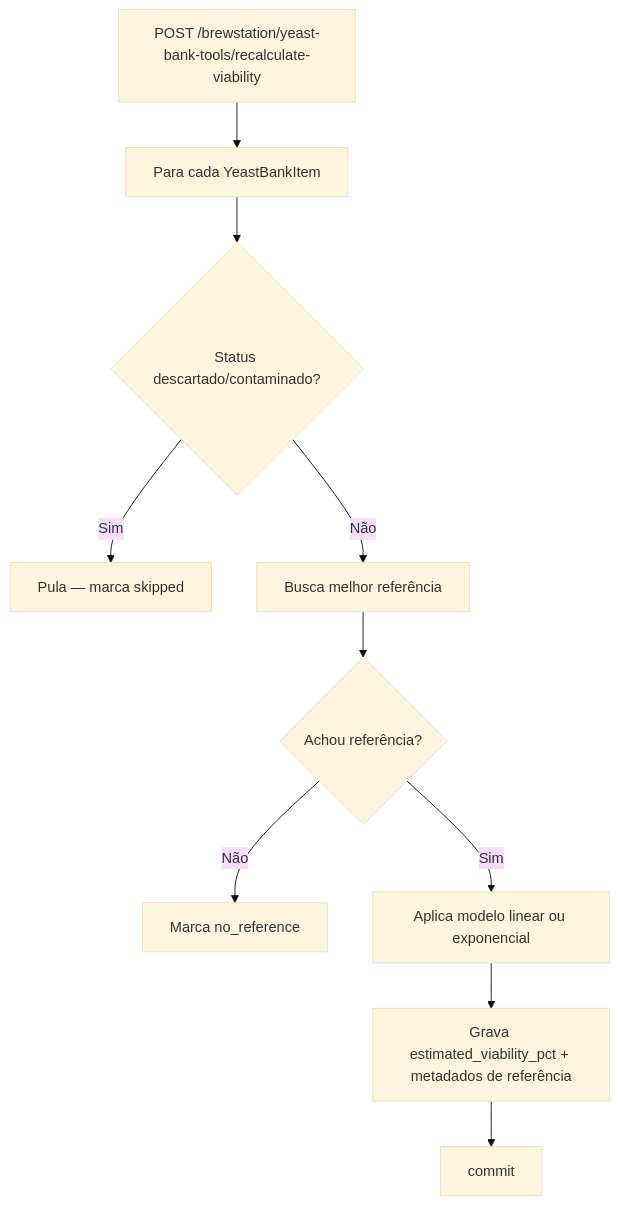
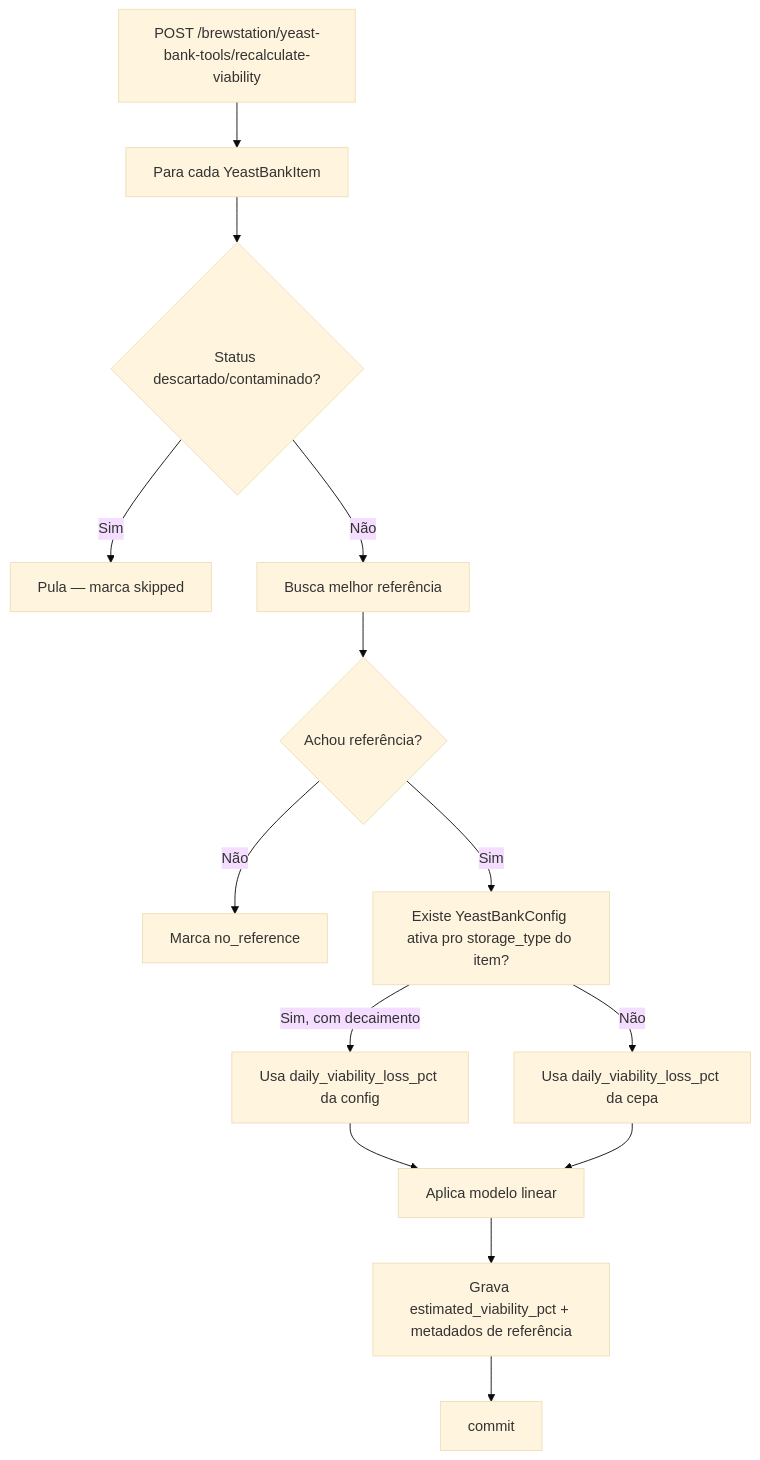
Before and after one commit to ChristopherNicolasSMM/Tesseract: the first of 5 diagrams in addons/addon_brewstation/features/feature_yeast_bank/docs/technical/03-fluxos.md, drawn with Mermaid (base theme). The commit also changed other lines of this file and 40 other files, not shown here.

First line of the commit message:
feat(crudgen,yeast_bank): skill 21 - evento como ponto de entrada unico, remove storage_reading

````diff
--- a/addons/addon_brewstation/features/feature_yeast_bank/docs/technical/03-fluxos.md
+++ b/addons/addon_brewstation/features/feature_yeast_bank/docs/technical/03-fluxos.md
@@ -5,12 +5,16 @@
 ```mermaid
 flowchart TD
     A[POST /brewstation/yeast-bank-tools/recalculate-viability] --> B[Para cada YeastBankItem]
     B --> C{Status descartado/contaminado?}
     C -->|Sim| D[Pula — marca skipped]
     C -->|Não| E[Busca melhor referência]
     E --> F{Achou referência?}
     F -->|Não| G[Marca no_reference]
-    F -->|Sim| H[Aplica modelo linear ou exponencial]
-    H --> I[Grava estimated_viability_pct + metadados de referência]
-    I --> J[commit]
+    F -->|Sim| H[Existe YeastBankConfig ativa pro storage_type do item?]
+    H -->|Sim, com decaimento| I[Usa daily_viability_loss_pct da config]
+    H -->|Não| J[Usa daily_viability_loss_pct da cepa]
+    I --> K[Aplica modelo linear]
+    J --> K
+    K --> L[Grava estimated_viability_pct + metadados de referência]
+    L --> M[commit]
 ```
````
